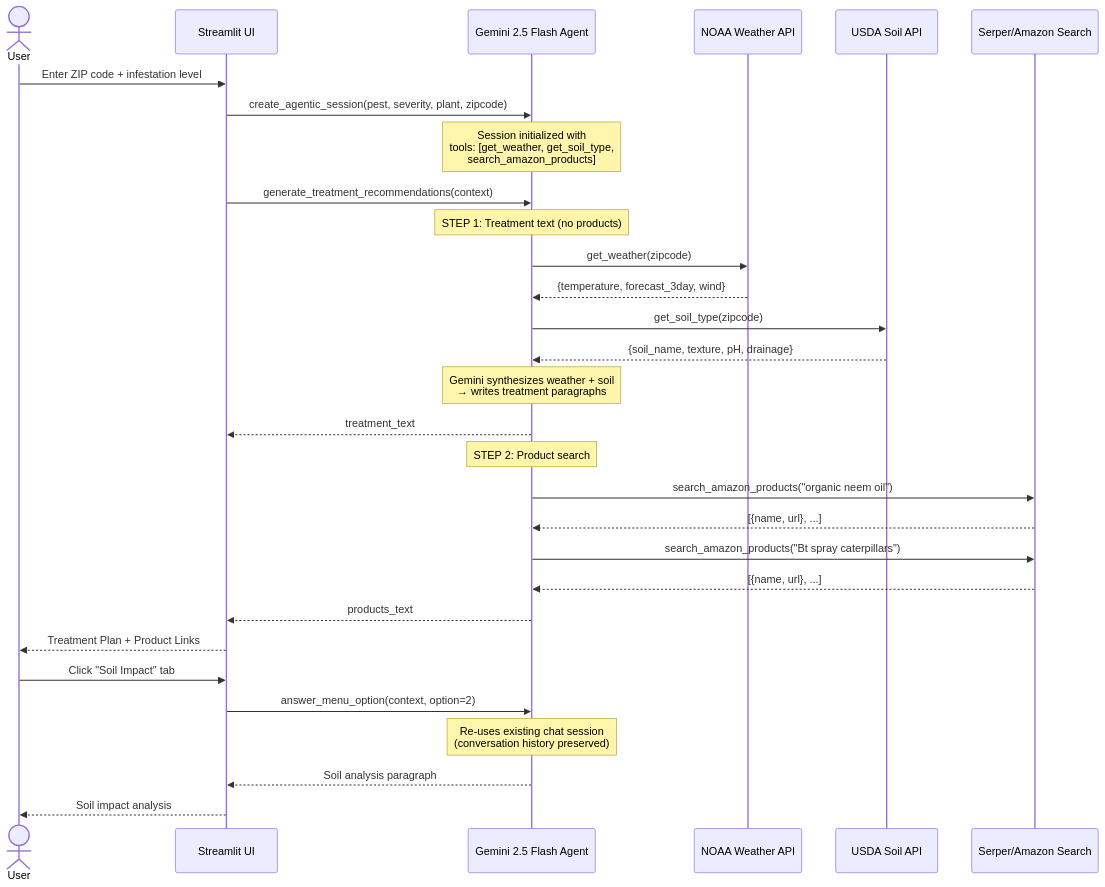
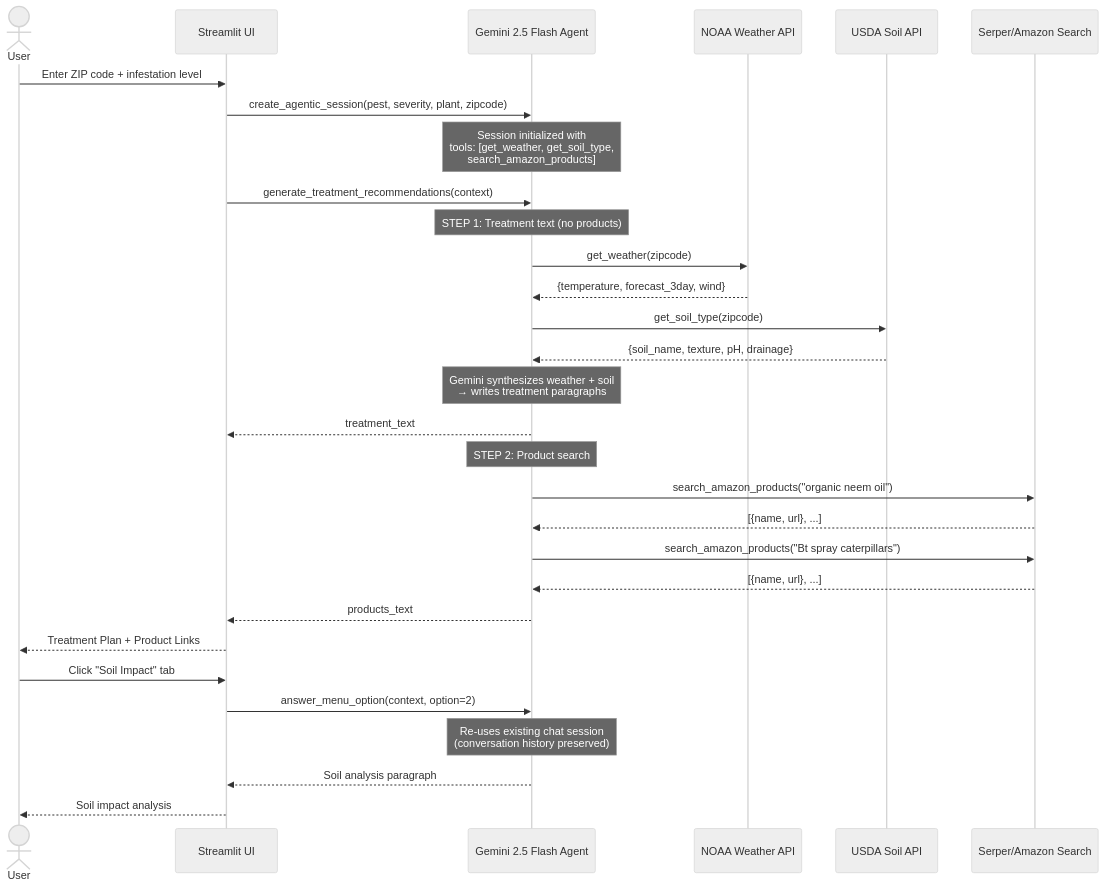
The diagram in workflow/03_tool_calling_sequence.md (the-write-path-code/ch09-plant-doctor), drawn with Mermaid before and after one commit.

Commit message:
Change Mermaid theme to 'neutral' in sequence diagram
Updated Mermaid diagram initialization to use 'neutral' theme.

````diff
--- a/workflow/03_tool_calling_sequence.md
+++ b/workflow/03_tool_calling_sequence.md
@@ -7,43 +7,43 @@
 ```mermaid
-%%{init: {"themeVariables": {"fontFamily": "Arial, Helvetica, sans-serif", "fontSize": "11px", "actorFontSize": "11px", "noteFontSize": "10px", "messageFontSize": "10px"}}}%%
+%%{init: {"theme": "neutral", "themeVariables": {"fontFamily": "Arial, Helvetica, sans-serif", "fontSize": "11px", "actorFontSize": "11px", "noteFontSize": "10px", "messageFontSize": "10px"}}}%%
 sequenceDiagram
     actor User
     participant UI as Streamlit UI
     participant Agent as Gemini 2.5 Flash Agent
     participant Weather as NOAA Weather API
     participant Soil as USDA Soil API
     participant Search as Serper/Amazon Search
 
     User->>UI: Enter ZIP code + infestation level
     UI->>Agent: create_agentic_session(pest, severity, plant, zipcode)
     Note over Agent: Session initialized with<br/>tools: [get_weather, get_soil_type,<br/>search_amazon_products]
 
     UI->>Agent: generate_treatment_recommendations(context)
     Note over Agent: STEP 1: Treatment text (no products)
 
     Agent->>Weather: get_weather(zipcode)
     Weather-->>Agent: {temperature, forecast_3day, wind}
 
     Agent->>Soil: get_soil_type(zipcode)
     Soil-->>Agent: {soil_name, texture, pH, drainage}
 
     Note over Agent: Gemini synthesizes weather + soil<br/>→ writes treatment paragraphs
     Agent-->>UI: treatment_text
 
     Note over Agent: STEP 2: Product search
     Agent->>Search: search_amazon_products("organic neem oil")
     Search-->>Agent: [{name, url}, ...]
 
     Agent->>Search: search_amazon_products("Bt spray caterpillars")
     Search-->>Agent: [{name, url}, ...]
 
     Agent-->>UI: products_text
 
     UI-->>User: Treatment Plan + Product Links
 
     User->>UI: Click "Soil Impact" tab
     UI->>Agent: answer_menu_option(context, option=2)
     Note over Agent: Re-uses existing chat session<br/>(conversation history preserved)
     Agent-->>UI: Soil analysis paragraph
     UI-->>User: Soil impact analysis
 ```
````
